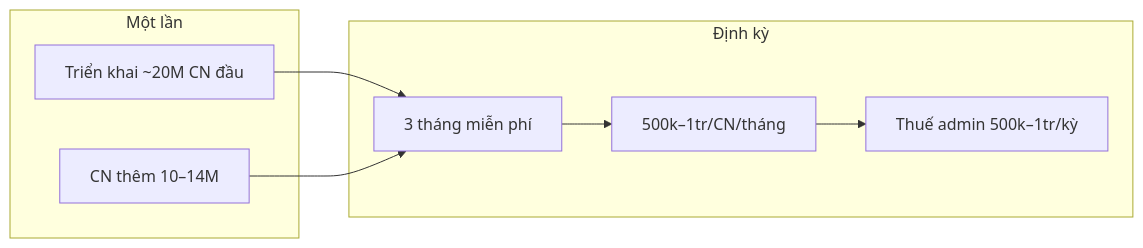
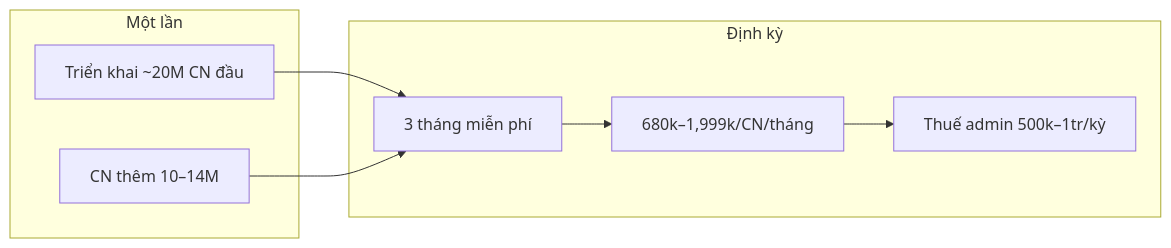
Before and after one commit to linm-soft/Linm.Web.FnB.Page.Index: the diagram in docs/context/12-RENTAL-MODEL-ANALYSIS.md, drawn with Mermaid. The commit also changed other lines of this file and 11 other files, not shown here.

````diff
--- a/docs/context/12-RENTAL-MODEL-ANALYSIS.md
+++ b/docs/context/12-RENTAL-MODEL-ANALYSIS.md
@@ -24,15 +24,15 @@
 ```mermaid
 flowchart LR
   subgraph once [Một lần]
     S[Triển khai ~20M CN đầu]
     S2[CN thêm 10–14M]
   end
   subgraph recurring [Định kỳ]
     F[3 tháng miễn phí]
-    M[500k–1tr/CN/tháng]
+    M[680k–1,999k/CN/tháng]
     T[Thuế admin 500k–1tr/kỳ]
   end
   S --> F --> M
   S2 --> F
   M --> T
 ```
````
